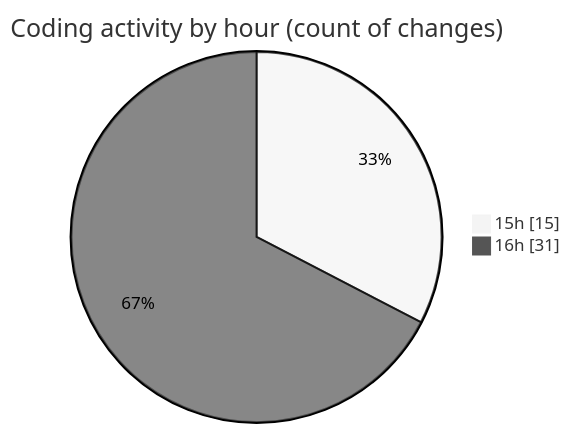
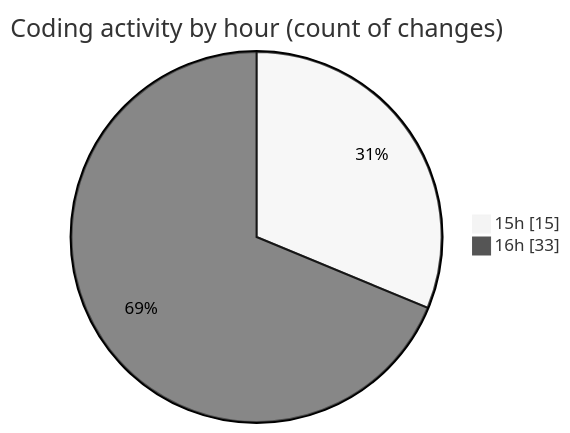
Before and after one commit to donsfak/code-tracking: the second of 2 diagrams in 2025-02-25/trackers_app/README.md, drawn with Mermaid (neutral theme). The commit also changed other lines of this file and 1 other file, not shown here.

````diff
--- a/2025-02-25/trackers_app/README.md
+++ b/2025-02-25/trackers_app/README.md
@@ -34,6 +34,6 @@
 ```mermaid
 pie showData
 title Coding activity by hour (count of changes)
 "15h" : 15
-"16h" : 31
+"16h" : 33
 ```
````
